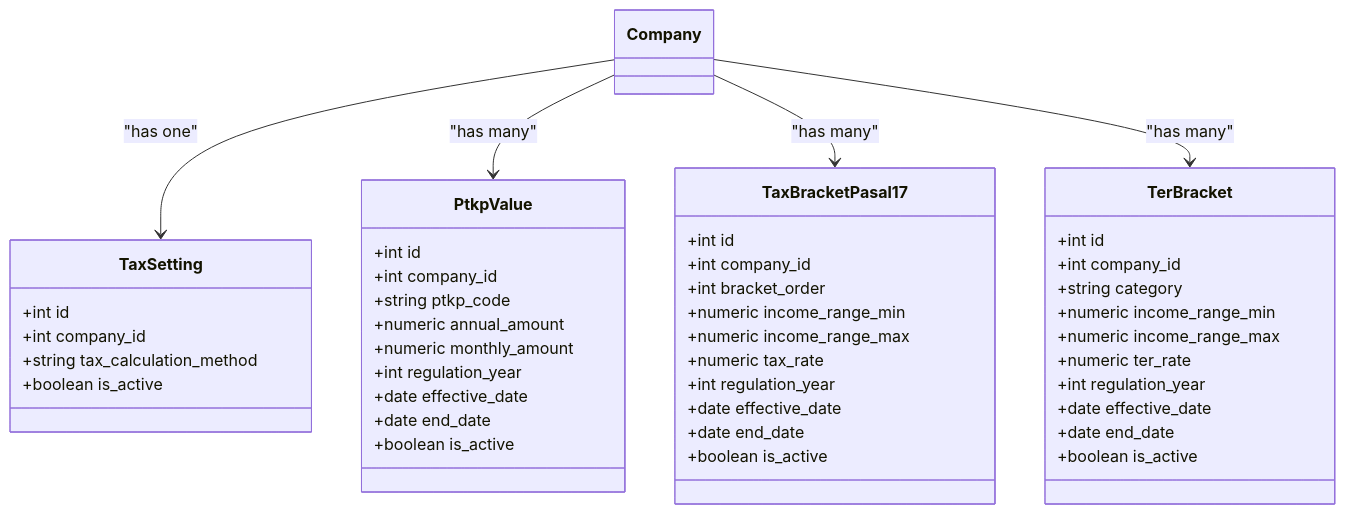
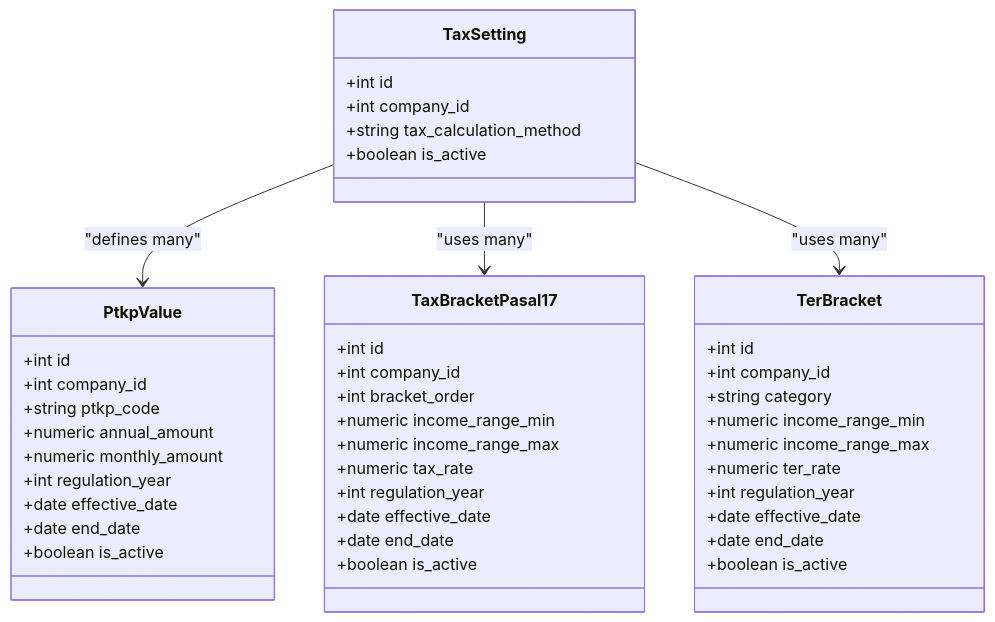
Before and after one commit to bikinaplikasipakeqoder-dot/payroll-hris: the sixth of 8 diagrams in .qoder/repowiki/en/content/API Reference.md, drawn with Mermaid. The commit also changed other lines of this file and 22 other files, not shown here.

````diff
--- a/.qoder/repowiki/en/content/API Reference.md
+++ b/.qoder/repowiki/en/content/API Reference.md
@@ -402,48 +313,47 @@
 ```mermaid
 classDiagram
 class TaxSetting {
 +int id
 +int company_id
 +string tax_calculation_method
 +boolean is_active
 }
 class PtkpValue {
 +int id
 +int company_id
 +string ptkp_code
 +numeric annual_amount
 +numeric monthly_amount
 +int regulation_year
 +date effective_date
 +date end_date
 +boolean is_active
 }
 class TaxBracketPasal17 {
 +int id
 +int company_id
 +int bracket_order
 +numeric income_range_min
 +numeric income_range_max
 +numeric tax_rate
 +int regulation_year
 +date effective_date
 +date end_date
 +boolean is_active
 }
 class TerBracket {
 +int id
 +int company_id
 +string category
 +numeric income_range_min
 +numeric income_range_max
 +numeric ter_rate
 +int regulation_year
 +date effective_date
 +date end_date
 +boolean is_active
 }
-Company --> TaxSetting : "has one"
-Company --> PtkpValue : "has many"
-Company --> TaxBracketPasal17 : "has many"
-Company --> TerBracket : "has many"
+TaxSetting --> PtkpValue : "defines many"
+TaxSetting --> TaxBracketPasal17 : "uses many"
+TaxSetting --> TerBracket : "uses many"
 ```
````
